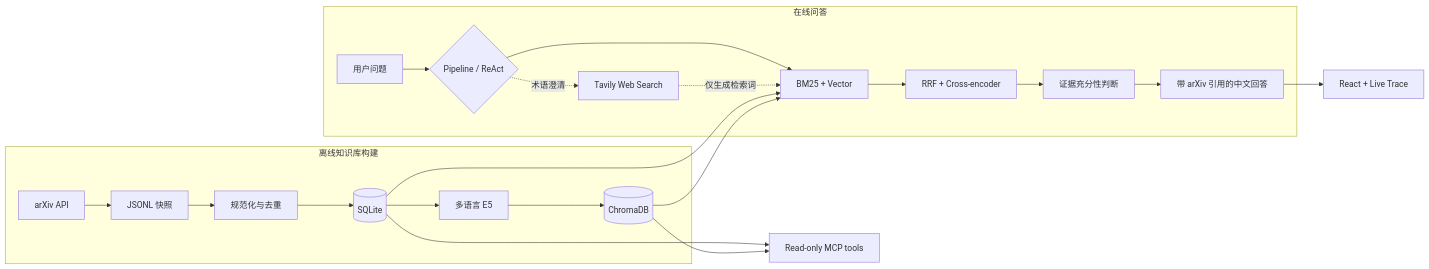
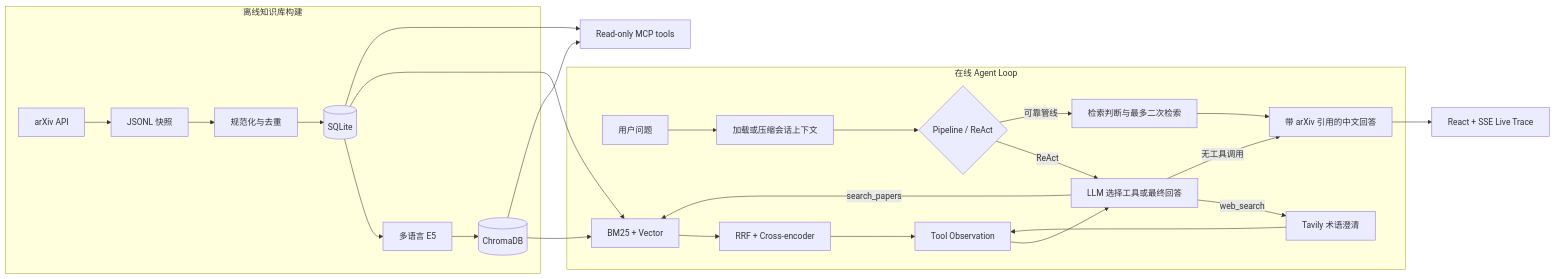
One commit to juzikuwei/tech-radar-agent changed the diagram in README.md. Above: the diagram before and after it, drawn with Mermaid. The commit also changed other lines of this file and 22 other files, not shown here.

````diff
--- a/README.md
+++ b/README.md
@@ -23,26 +100,31 @@
 ```mermaid
 flowchart LR
     subgraph Offline[离线知识库构建]
         A[arXiv API] --> B[JSONL 快照]
         B --> C[规范化与去重]
         C --> D[(SQLite)]
         D --> E[多语言 E5]
         E --> F[(ChromaDB)]
     end
 
-    subgraph Online[在线问答]
-        U[用户问题] --> P{Pipeline / ReAct}
-        P --> H[BM25 + Vector]
+    subgraph Online[在线 Agent Loop]
+        U[用户问题] --> CTX[加载或压缩会话上下文]
+        CTX --> P{Pipeline / ReAct}
+        P -->|ReAct| L[LLM 选择工具或最终回答]
+        L -->|search_papers| H[BM25 + Vector]
         H --> R[RRF + Cross-encoder]
-        R --> J[证据充分性判断]
-        J --> G[带 arXiv 引用的中文回答]
-        P -.术语澄清.-> W[Tavily Web Search]
-        W -.仅生成检索词.-> H
+        R --> O[Tool Observation]
+        O --> L
+        L -->|web_search| W[Tavily 术语澄清]
+        W --> O
+        L -->|无工具调用| G[带 arXiv 引用的中文回答]
+        P -->|可靠管线| J[检索判断与最多二次检索]
+        J --> G
     end
 
     D --> H
     F --> H
-    G --> UI[React + Live Trace]
+    G --> UI[React + SSE Live Trace]
     D --> MCP[Read-only MCP tools]
     F --> MCP
 ```
````
